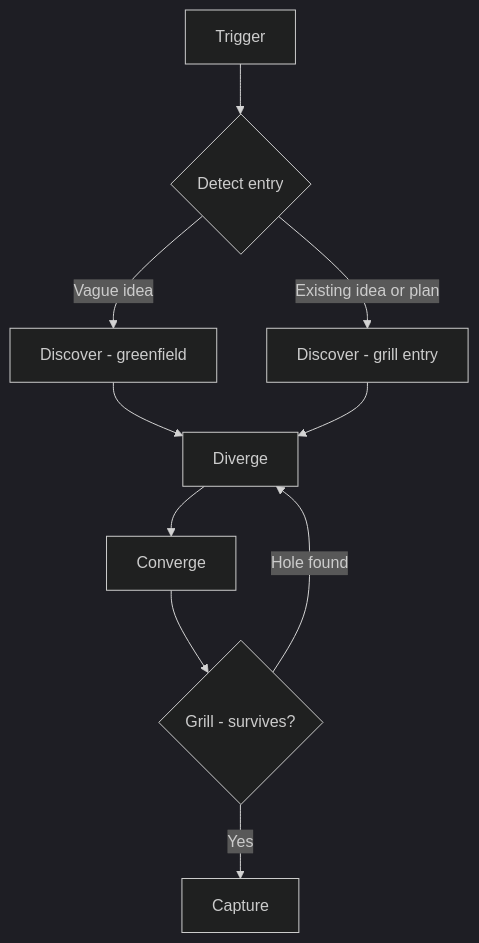
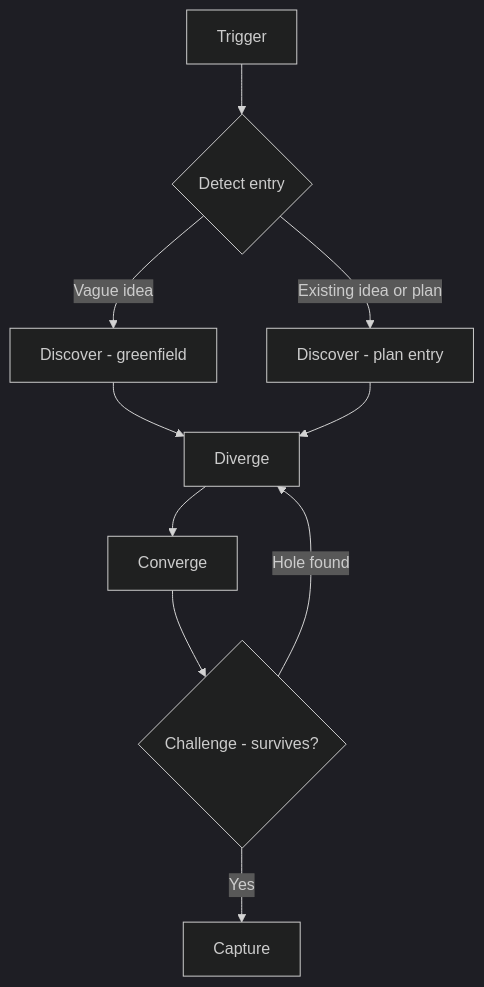
The diagram in skills/product/brainstorm/README.md (adeonir/agent-skills), drawn with Mermaid (dark theme) before and after one commit. The commit also changed other lines of this file and 7 other files, not shown here.

````diff
--- a/skills/product/brainstorm/README.md
+++ b/skills/product/brainstorm/README.md
@@ -9,12 +9,12 @@
 ```mermaid
 flowchart TD
     T[Trigger] --> P{Detect entry}
     P -->|Vague idea| DS[Discover - greenfield]
-    P -->|Existing idea or plan| DR[Discover - grill entry]
+    P -->|Existing idea or plan| DR[Discover - plan entry]
     DS --> DV[Diverge]
     DR --> DV
     DV --> C[Converge]
-    C --> G{Grill - survives?}
+    C --> G{Challenge - survives?}
     G -->|Yes| CA[Capture]
     G -->|Hole found| DV
 ```
````
